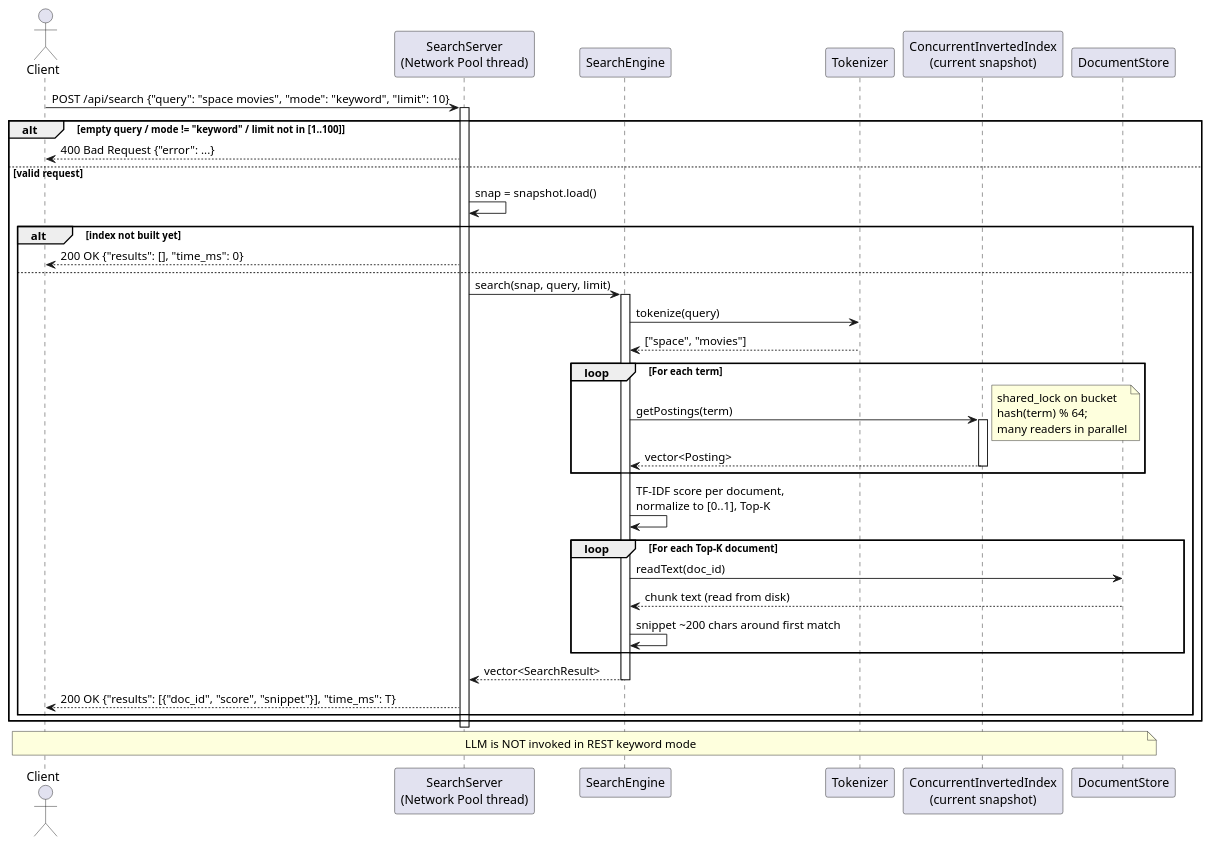
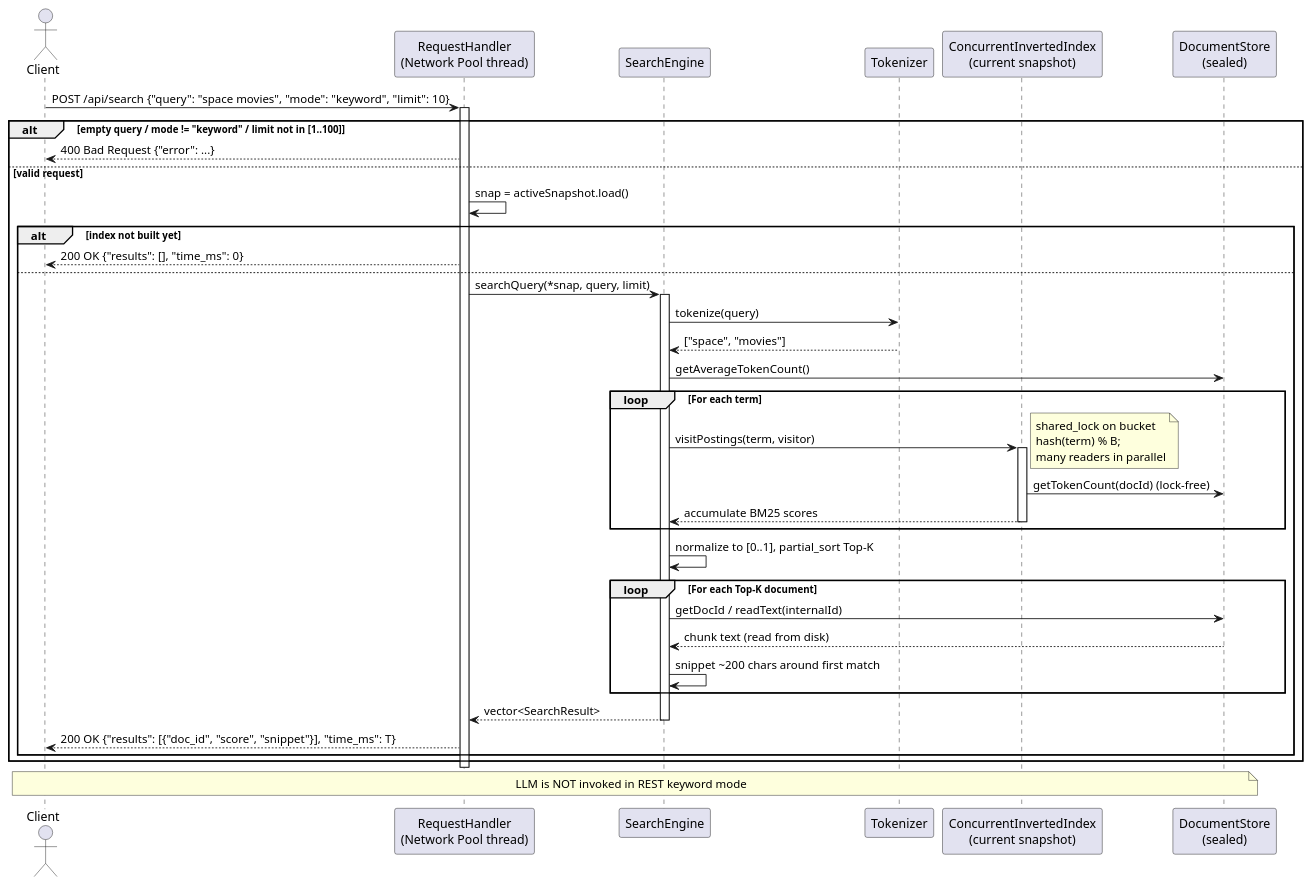
One commit to fannulain/Concurrent-Search-Engine changed the diagram in docs/diagrams/md/sequence_diagram_keyword_search.md. Above: the diagram before and after it, drawn with PlantUML. The commit also changed 11 other files, not shown here.

Commit message:
docs: sync UML class and sequence diagrams with final implementation

```diff
--- a/docs/diagrams/md/sequence_diagram_keyword_search.md
+++ b/docs/diagrams/md/sequence_diagram_keyword_search.md
@@ -1,43 +1,45 @@
 @startuml
 actor Client
-participant "SearchServer\n(Network Pool thread)" as Server
+participant "RequestHandler\n(Network Pool thread)" as Handler
 participant "SearchEngine" as Engine
 participant "Tokenizer" as Tok
 participant "ConcurrentInvertedIndex\n(current snapshot)" as Index
-participant "DocumentStore" as Docs
+participant "DocumentStore\n(sealed)" as Docs
 
-Client -> Server : POST /api/search {"query": "space movies", "mode": "keyword", "limit": 10}
-activate Server
+Client -> Handler : POST /api/search {"query": "space movies", "mode": "keyword", "limit": 10}
+activate Handler
 
 alt empty query / mode != "keyword" / limit not in [1..100]
-    Server --> Client : 400 Bad Request {"error": ...}
+    Handler --> Client : 400 Bad Request {"error": ...}
 else valid request
-    Server -> Server : snap = snapshot.load()
+    Handler -> Handler : snap = activeSnapshot.load()
     alt index not built yet
-        Server --> Client : 200 OK {"results": [], "time_ms": 0}
+        Handler --> Client : 200 OK {"results": [], "time_ms": 0}
     else
-        Server -> Engine : search(snap, query, limit)
+        Handler -> Engine : searchQuery(*snap, query, limit)
         activate Engine
         Engine -> Tok : tokenize(query)
         Tok --> Engine : ["space", "movies"]
+        Engine -> Docs : getAverageTokenCount()
         loop For each term
-            Engine -> Index : getPostings(term)
+            Engine -> Index : visitPostings(term, visitor)
             activate Index
-            note right: shared_lock on bucket\nhash(term) % 64;\nmany readers in parallel
-            Index --> Engine : vector<Posting>
+            note right: shared_lock on bucket\nhash(term) % B;\nmany readers in parallel
+            Index -> Docs : getTokenCount(docId) (lock-free)
+            Index --> Engine : accumulate BM25 scores
             deactivate Index
         end
-        Engine -> Engine : TF-IDF score per document,\nnormalize to [0..1], Top-K
+        Engine -> Engine : normalize to [0..1], partial_sort Top-K
         loop For each Top-K document
-            Engine -> Docs : readText(doc_id)
+            Engine -> Docs : getDocId / readText(internalId)
             Docs --> Engine : chunk text (read from disk)
             Engine -> Engine : snippet ~200 chars around first match
         end
-        Engine --> Server : vector<SearchResult>
+        Engine --> Handler : vector<SearchResult>
         deactivate Engine
-        Server --> Client : 200 OK {"results": [{"doc_id", "score", "snippet"}], "time_ms": T}
+        Handler --> Client : 200 OK {"results": [{"doc_id", "score", "snippet"}], "time_ms": T}
     end
 end
-deactivate Server
+deactivate Handler
 note over Client, Docs : LLM is NOT invoked in REST keyword mode
 @enduml
```
